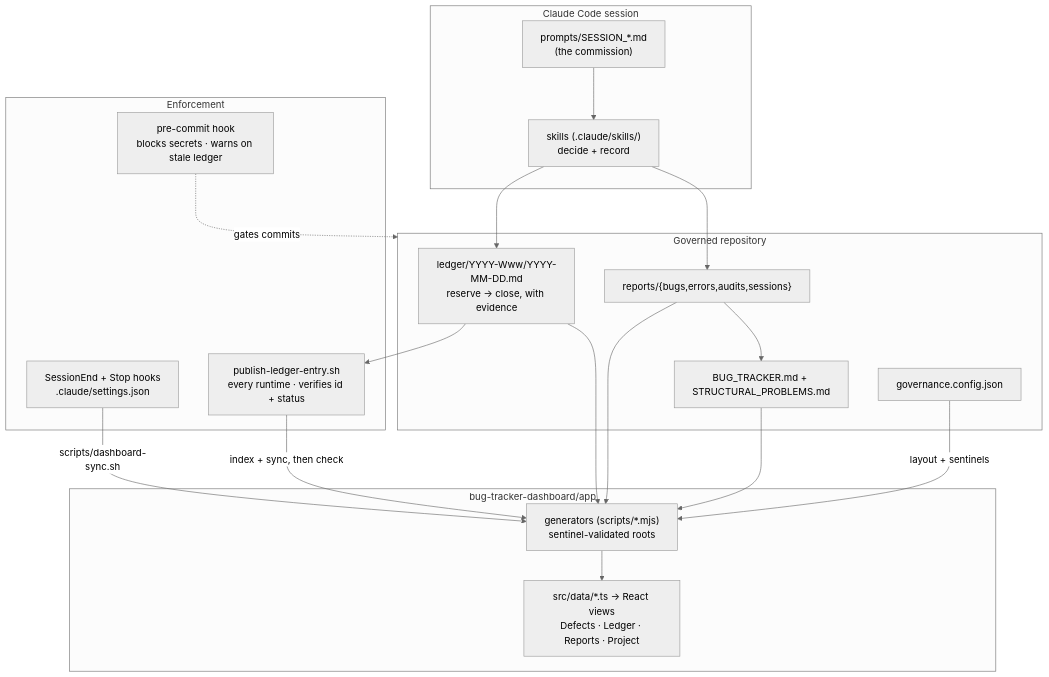
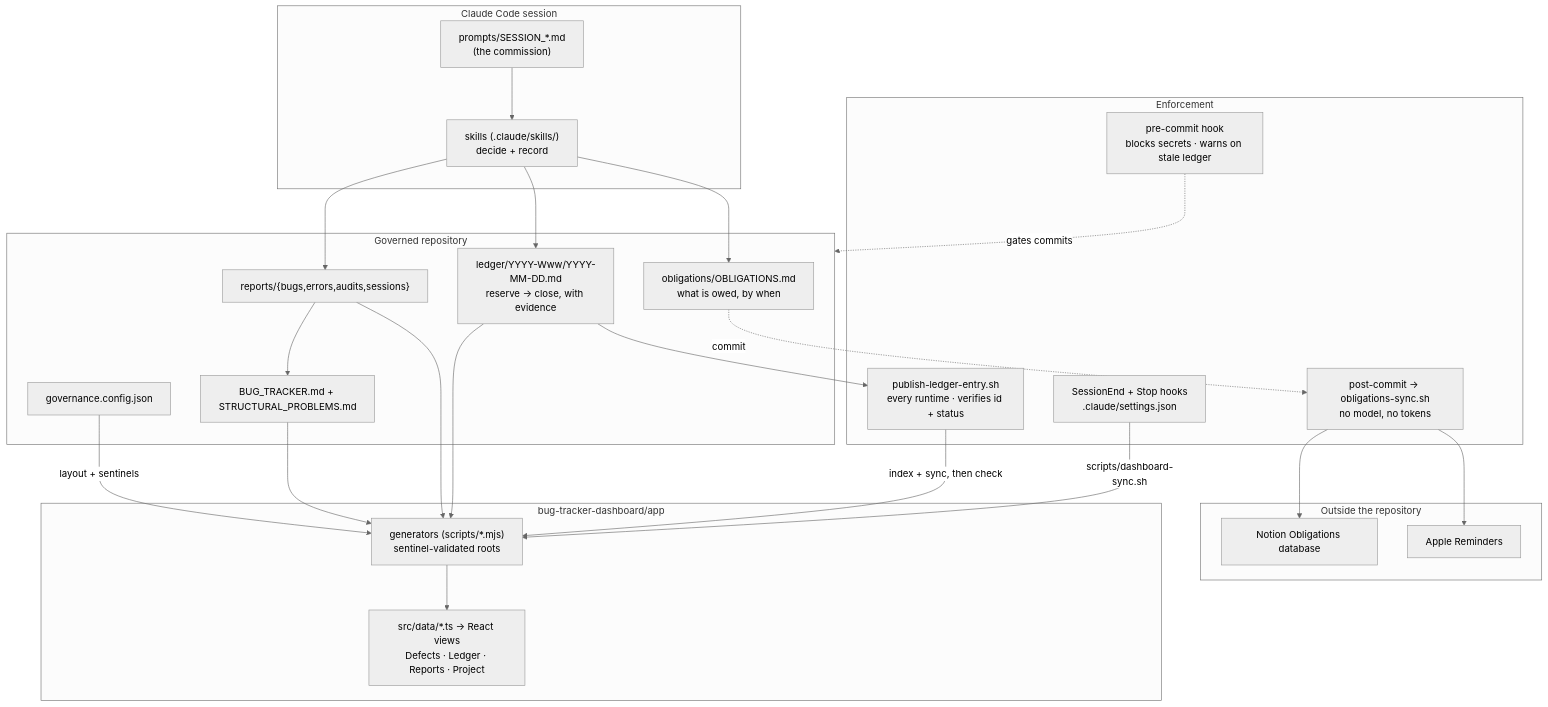
Before and after one commit to hatim-mlf/claude-governance-kit: the diagram in README.md, drawn with Mermaid (neutral theme). The commit also changed 2 other files, not shown here.

Commit message:
docs: show the obligations flow in the architecture diagrams
The obligations register, the post-commit sync and its two destinations
(Notion, Apple Reminders) shipped in the kit, but none of the three
architecture diagrams (README, docs/index.html, docs/architecture.mmd)
showed them, and two still drew the retired ledger/YYYY-Www.md layout.
Found when the operator asked whether reminders were part of the system
architecture (2026-11-01). Verdict: helped (a diagram that omits a piece
is the fourth placement in changing-the-governance-system.md, step 1).

Claude-Session: https://claude.ai/code/session_01WmSoJ1dQvM3CevePRu3ExU

````diff
--- a/README.md
+++ b/README.md
@@ -94,37 +94,48 @@
 ```mermaid
 flowchart TD
     subgraph Session["Claude Code session"]
         P["prompts/SESSION_*.md<br/>(the commission)"]
         S["skills (.claude/skills/)<br/>decide + record"]
     end
 
     subgraph Repo["Governed repository"]
         L["ledger/YYYY-Www/YYYY-MM-DD.md<br/>reserve → close, with evidence"]
+        OB["obligations/OBLIGATIONS.md<br/>what is owed, by when"]
         R["reports/{bugs,errors,audits,sessions}"]
         T["BUG_TRACKER.md + STRUCTURAL_PROBLEMS.md"]
         C["governance.config.json"]
     end
 
     subgraph Enforce["Enforcement"]
         PC["pre-commit hook<br/>blocks secrets · warns on stale ledger"]
         HK["SessionEnd + Stop hooks<br/>.claude/settings.json"]
         PB["publish-ledger-entry.sh<br/>every runtime · verifies id + status"]
+        PO["post-commit → obligations-sync.sh<br/>no model, no tokens"]
+    end
+
+    subgraph Out["Outside the repository"]
+        NO["Notion Obligations database"]
+        AR["Apple Reminders"]
     end
 
     subgraph Dash["bug-tracker-dashboard/app"]
         G["generators (scripts/*.mjs)<br/>sentinel-validated roots"]
         D["src/data/*.ts → React views<br/>Defects · Ledger · Reports · Project"]
     end
 
     P --> S --> L
     S --> R --> T
     PC -. gates commits .-> Repo
     HK -->|"scripts/dashboard-sync.sh"| G
     PB -->|"index + sync, then check"| G
     L --> PB
+    S --> OB
+    OB -. commit .-> PO
+    PO --> NO
+    PO --> AR
     L --> G
     R --> G
     T --> G
     C -->|layout + sentinels| G
     G --> D
 ```
````
